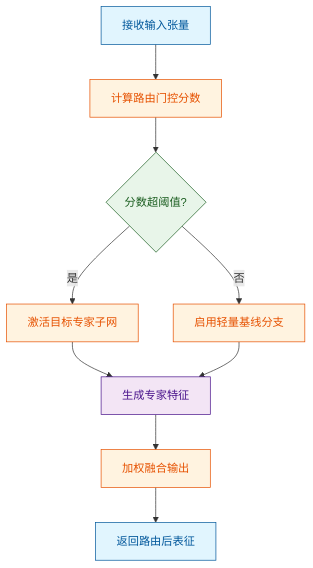
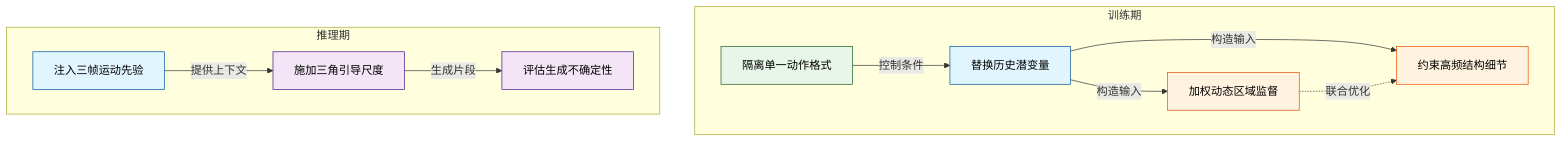
The second of 10 diagrams in person_vault/2026-06-08_Vista_2405.17398/report.md (ShinewineW/paper-rolling), drawn with Mermaid before and after one commit. The commit also changed other lines of this file and 51 other files, not shown here.

````diff
--- a/person_vault/2026-06-08_Vista_2405.17398/report.md
+++ b/person_vault/2026-06-08_Vista_2405.17398/report.md
@@ -77,16 +133,27 @@
 ```mermaid
-flowchart TD
-    classDef start_end fill:#e1f5fe,stroke:#01579b,color:#01579b;
-    classDef process fill:#fff3e0,stroke:#e65100,color:#e65100;
-    classDef decision fill:#e8f5e9,stroke:#1b5e20,color:#1b5e20;
-    classDef data fill:#f3e5f5,stroke:#4a148c,color:#4a148c;
+flowchart TB
+  classDef input fill:#e1f5fe,stroke:#01579b,color:#000;
+  classDef loss fill:#fff3e0,stroke:#e65100,color:#000;
+  classDef control fill:#e8f5e9,stroke:#1b5e20,color:#000;
+  classDef inference fill:#f3e5f5,stroke:#4a148c,color:#000;
 
-    input_tensor["接收输入张量"]:::start_end --> gate_compute["计算路由门控分数"]:::process
-    gate_compute --> threshold_check{分数超阈值?}:::decision
-    threshold_check -- 是 --> route_to_expert["激活目标专家子网"]:::process
-    threshold_check -- 否 --> fallback_path["启用轻量基线分支"]:::process
-    route_to_expert --> expert_output["生成专家特征"]:::data
-    fallback_path --> expert_output
-    expert_output --> merge_features["加权融合输出"]:::process
-    merge_features --> final_output["返回路由后表征"]:::start_end
+  subgraph 训练期
+    replace_latent["替换历史潜变量"]:::input
+    weight_dynamic["加权动态区域监督"]:::loss
+    constrain_structure["约束高频结构细节"]:::loss
+    isolate_action["隔离单一动作格式"]:::control
+  end
+
+  subgraph 推理期
+    inject_prior["注入三帧运动先验"]:::input
+    apply_tri_cfg["施加三角引导尺度"]:::inference
+    evaluate_uncertainty["评估生成不确定性"]:::inference
+  end
+
+  replace_latent -->|构造输入| weight_dynamic
+  replace_latent -->|构造输入| constrain_structure
+  isolate_action -->|控制条件| replace_latent
+  inject_prior -->|提供上下文| apply_tri_cfg
+  apply_tri_cfg -->|生成片段| evaluate_uncertainty
+  weight_dynamic -.联合优化.-> constrain_structure
 ```
````
